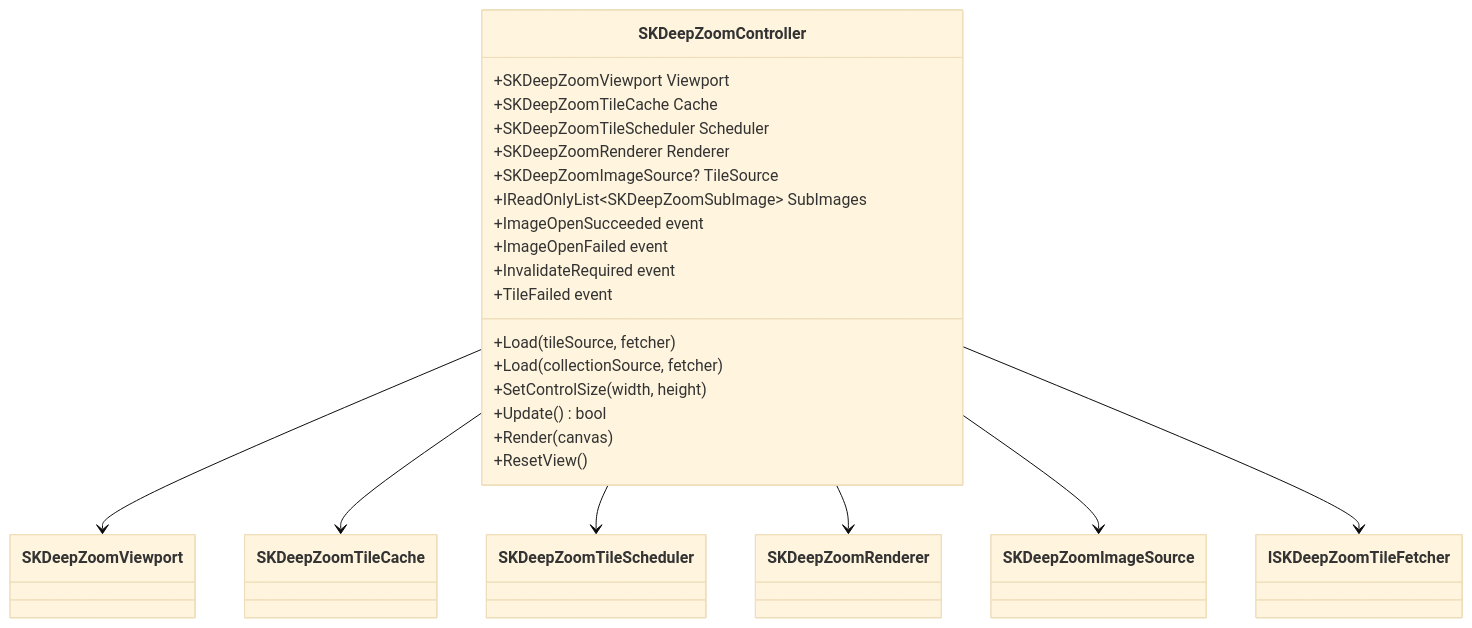
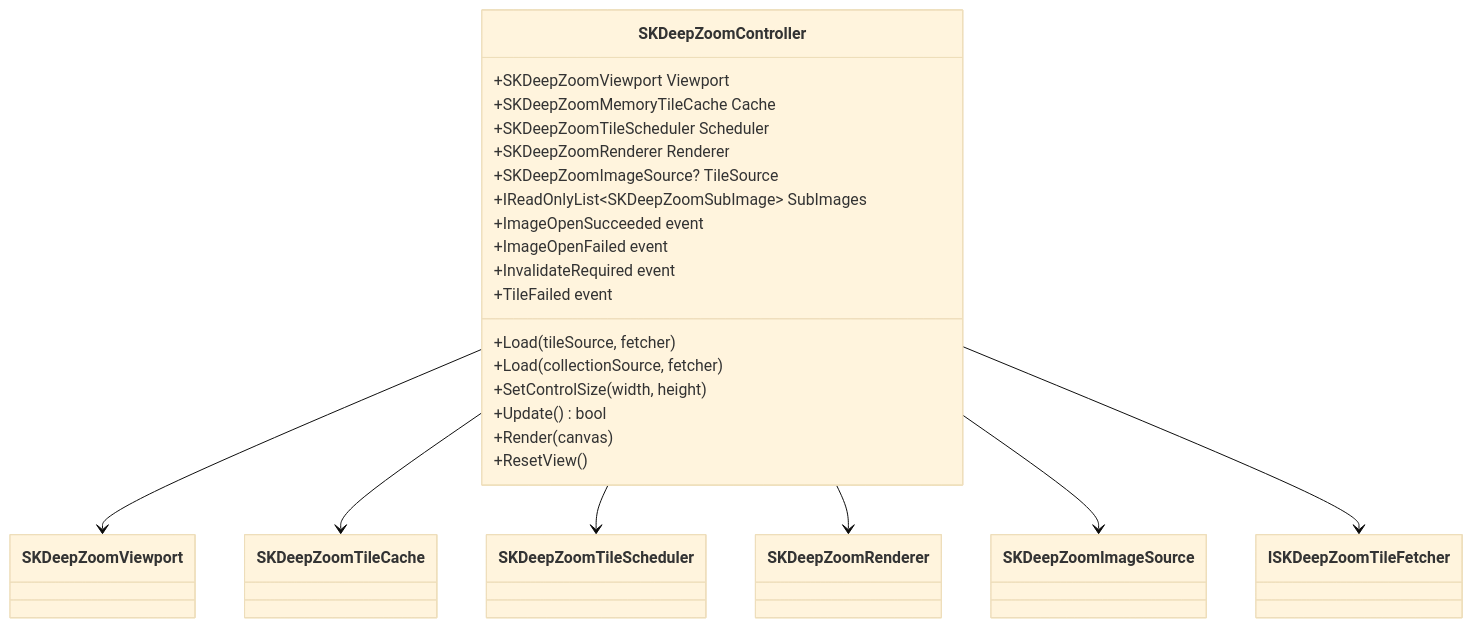
The seventh of 7 diagrams in source/SkiaSharp.Extended/DeepZoom/README.md (mono/SkiaSharp.Extended), drawn with Mermaid (base theme) before and after one commit. The commit also changed other lines of this file and 2 other files, not shown here.

First line of the commit message:
Fix cache rebuild losing image, fix unbounded memIndex, update README

````diff
--- a/source/SkiaSharp.Extended/DeepZoom/README.md
+++ b/source/SkiaSharp.Extended/DeepZoom/README.md
@@ -232,28 +232,28 @@
 ```mermaid
 classDiagram
     class SKDeepZoomController {
         +SKDeepZoomViewport Viewport
-        +SKDeepZoomTileCache Cache
+        +SKDeepZoomMemoryTileCache Cache
         +SKDeepZoomTileScheduler Scheduler
         +SKDeepZoomRenderer Renderer
         +SKDeepZoomImageSource? TileSource
         +IReadOnlyList~SKDeepZoomSubImage~ SubImages
         +Load(tileSource, fetcher)
         +Load(collectionSource, fetcher)
         +SetControlSize(width, height)
         +Update() bool
         +Render(canvas)
         +ResetView()
         +ImageOpenSucceeded event
         +ImageOpenFailed event
         +InvalidateRequired event
         +TileFailed event
     }
 
     SKDeepZoomController --> SKDeepZoomViewport
     SKDeepZoomController --> SKDeepZoomTileCache
     SKDeepZoomController --> SKDeepZoomTileScheduler
     SKDeepZoomController --> SKDeepZoomRenderer
     SKDeepZoomController --> SKDeepZoomImageSource
     SKDeepZoomController --> ISKDeepZoomTileFetcher
 ```
````
